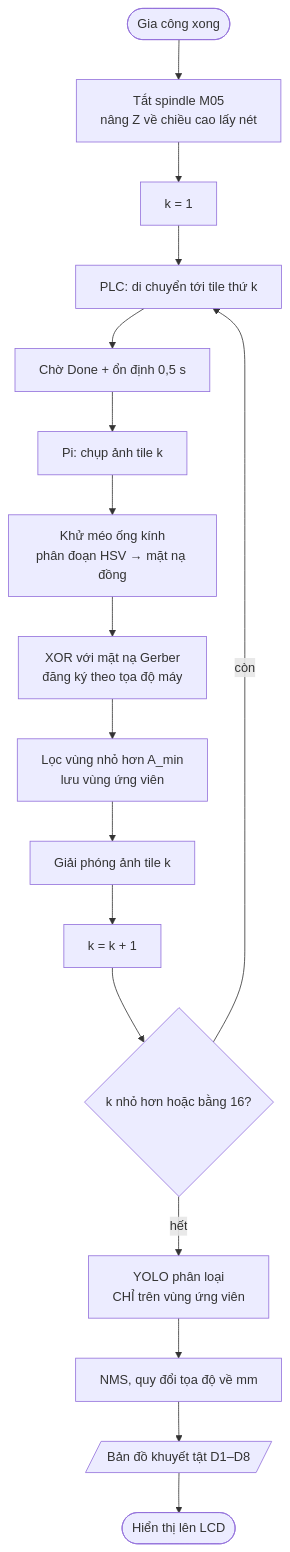
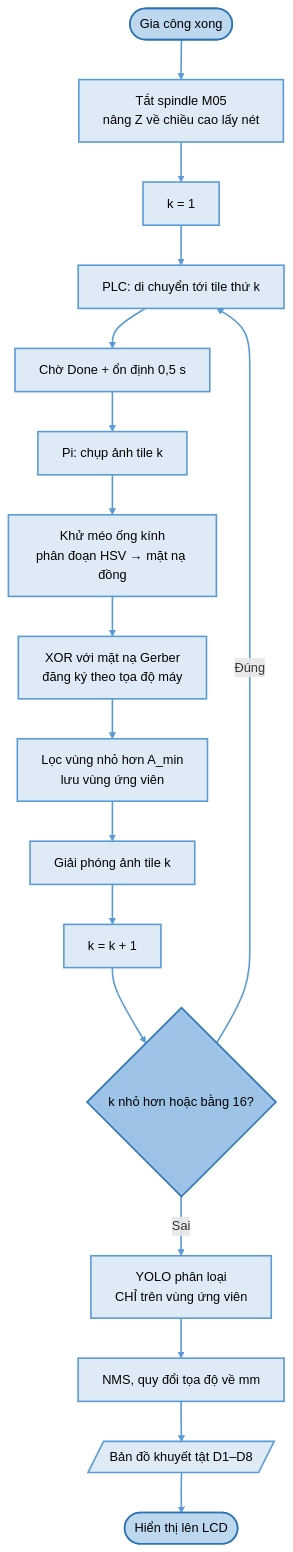
One commit to nguyentanphat1908-collab/IDE changed the eighth of 10 diagrams in docs/luu-do-giai-thuat.md. Above: the diagram before and after it, drawn with Mermaid. The commit also changed other lines of this file and 4 other files, not shown here.

First line of the commit message:
Vẽ lại lưu đồ theo chuẩn ký hiệu kinh điển

````diff
--- a/docs/luu-do-giai-thuat.md
+++ b/docs/luu-do-giai-thuat.md
@@ -196,19 +250,25 @@
 ```mermaid
 flowchart TD
-    A([Gia công xong]) --> B["Tắt spindle M05<br/>nâng Z về chiều cao lấy nét"]
-    B --> C["k = 1"]
-    C --> D["PLC: di chuyển tới tile thứ k"]
-    D --> E["Chờ Done + ổn định 0,5 s"]
-    E --> F["Pi: chụp ảnh tile k"]
-    F --> G["Khử méo ống kính<br/>phân đoạn HSV → mặt nạ đồng"]
-    G --> H["XOR với mặt nạ Gerber<br/>đăng ký theo tọa độ máy"]
-    H --> I["Lọc vùng nhỏ hơn A_min<br/>lưu vùng ứng viên"]
-    I --> J["Giải phóng ảnh tile k"]
-    J --> K["k = k + 1"]
-    K --> L{"k nhỏ hơn hoặc bằng 16?"}
-    L -- còn --> D
-    L -- hết --> M["YOLO phân loại<br/>CHỈ trên vùng ứng viên"]
-    M --> N["NMS, quy đổi tọa độ về mm"]
-    N --> O[/"Bản đồ khuyết tật D1–D8"/]
-    O --> P([Hiển thị lên LCD])
+    A([Gia công xong]):::term --> B["Tắt spindle M05<br/>nâng Z về chiều cao lấy nét"]:::proc
+    B --> C["k = 1"]:::proc
+    C --> D["PLC: di chuyển tới tile thứ k"]:::proc
+    D --> E["Chờ Done + ổn định 0,5 s"]:::proc
+    E --> F["Pi: chụp ảnh tile k"]:::proc
+    F --> G["Khử méo ống kính<br/>phân đoạn HSV → mặt nạ đồng"]:::proc
+    G --> H["XOR với mặt nạ Gerber<br/>đăng ký theo tọa độ máy"]:::proc
+    H --> I["Lọc vùng nhỏ hơn A_min<br/>lưu vùng ứng viên"]:::proc
+    I --> J["Giải phóng ảnh tile k"]:::proc
+    J --> K["k = k + 1"]:::proc
+    K --> L{"k nhỏ hơn hoặc bằng 16?"}:::dec
+    L -- Đúng --> D
+    L -- Sai --> M["YOLO phân loại<br/>CHỈ trên vùng ứng viên"]:::proc
+    M --> N["NMS, quy đổi tọa độ về mm"]:::proc
+    N --> O[/"Bản đồ khuyết tật D1–D8"/]:::io
+    O --> P([Hiển thị lên LCD]):::term
+    classDef term fill:#BDD7EE,stroke:#2E75B6,stroke-width:2px,color:#000
+    classDef proc fill:#DEEBF7,stroke:#5B9BD5,stroke-width:2px,color:#000
+    classDef io   fill:#DEEBF7,stroke:#5B9BD5,stroke-width:2px,color:#000
+    classDef dec  fill:#9DC3E6,stroke:#2E75B6,stroke-width:2px,color:#000
+    classDef conn fill:#9DC3E6,stroke:#2E75B6,stroke-width:2px,color:#000
+    linkStyle default stroke:#5B9BD5,stroke-width:2px
 ```
````
